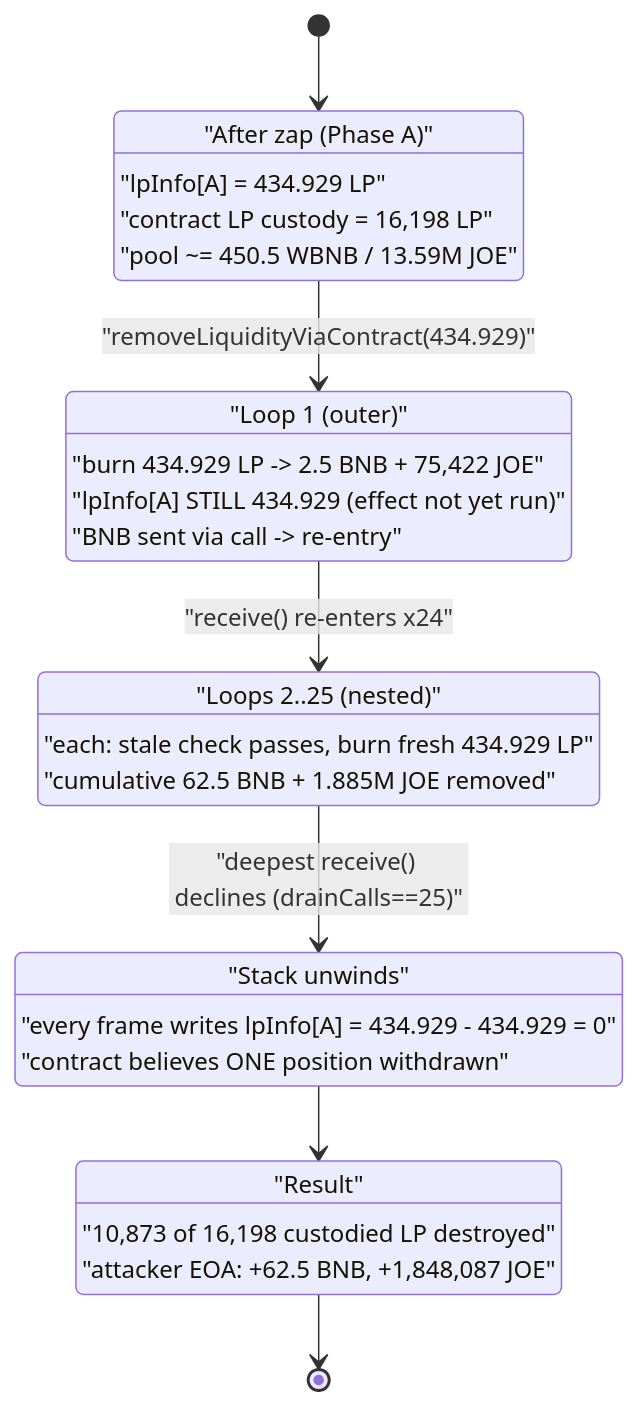
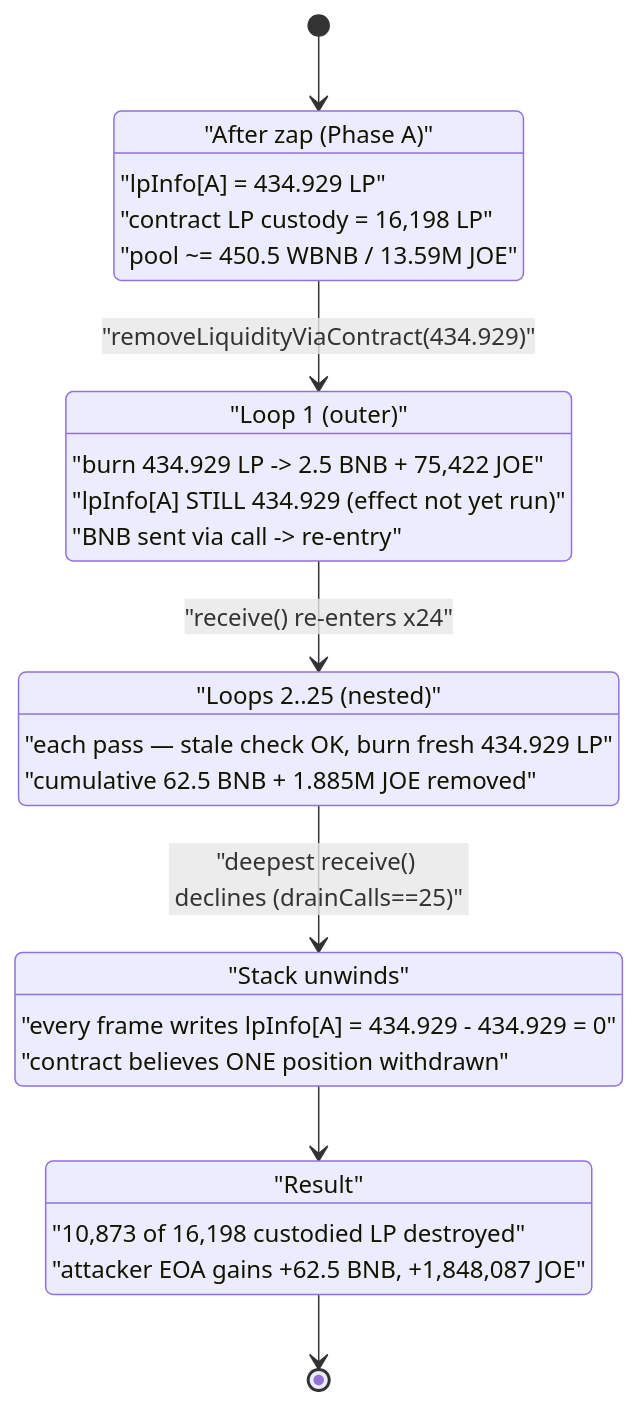
One commit to sanbir/evm-hack-registry changed the second of 3 diagrams in 2026-05-JoeAgent_exp/JoeAgent_exp.md. Above: the diagram before and after it, drawn with Mermaid. The commit also changed 12 other files, not shown here.

````diff
--- a/2026-05-JoeAgent_exp/JoeAgent_exp.md
+++ b/2026-05-JoeAgent_exp/JoeAgent_exp.md
@@ -317,30 +317,30 @@
 ```mermaid
 stateDiagram-v2
     [*] --> Seeded
     Seeded: "After zap (Phase A)"
     Seeded: "lpInfo[A] = 434.929 LP"
     Seeded: "contract LP custody = 16,198 LP"
     Seeded: "pool ~= 450.5 WBNB / 13.59M JOE"
 
     Seeded --> Frame1 : "removeLiquidityViaContract(434.929)"
     Frame1: "Loop 1 (outer)"
     Frame1: "burn 434.929 LP -> 2.5 BNB + 75,422 JOE"
     Frame1: "lpInfo[A] STILL 434.929 (effect not yet run)"
     Frame1: "BNB sent via call -> re-entry"
 
     Frame1 --> FrameN : "receive() re-enters x24"
     FrameN: "Loops 2..25 (nested)"
-    FrameN: "each: stale check passes, burn fresh 434.929 LP"
+    FrameN: "each pass — stale check OK, burn fresh 434.929 LP"
     FrameN: "cumulative 62.5 BNB + 1.885M JOE removed"
 
     FrameN --> Unwound : "deepest receive() declines (drainCalls==25)"
     Unwound: "Stack unwinds"
     Unwound: "every frame writes lpInfo[A] = 434.929 - 434.929 = 0"
     Unwound: "contract believes ONE position withdrawn"
 
     Unwound --> Drained
     Drained: "Result"
     Drained: "10,873 of 16,198 custodied LP destroyed"
-    Drained: "attacker EOA: +62.5 BNB, +1,848,087 JOE"
+    Drained: "attacker EOA gains +62.5 BNB, +1,848,087 JOE"
     Drained --> [*]
 ```
````
